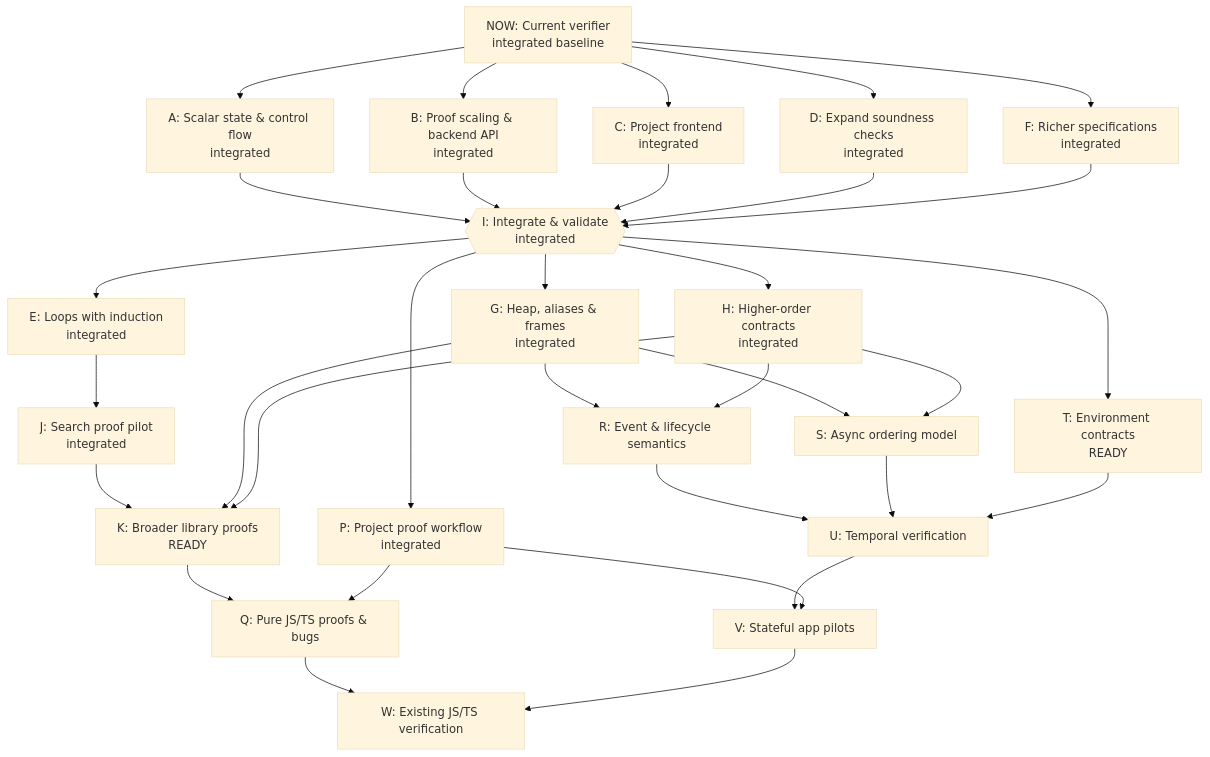
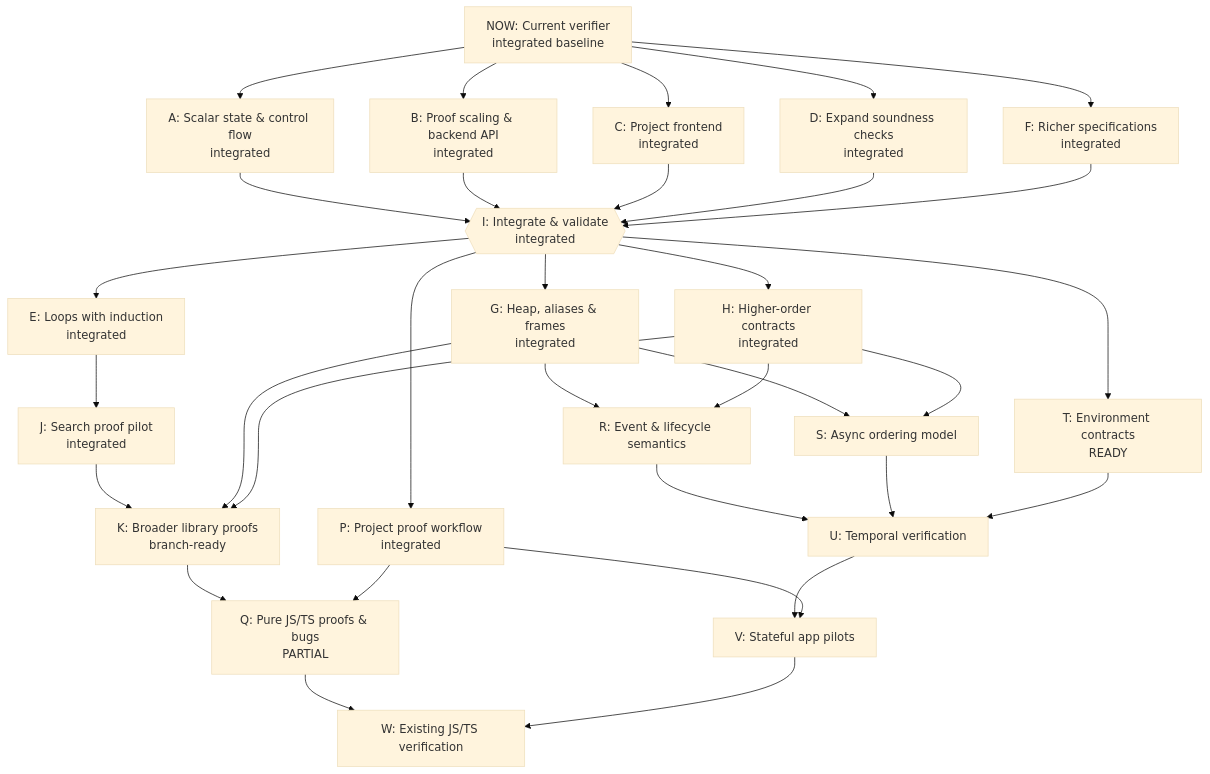
The diagram in docs/verification-roadmap.md (rickono/verified-list-ui), drawn with Mermaid (base theme) before and after one commit. The commit also changed other lines of this file and 12 other files, not shown here.

````diff
--- a/docs/verification-roadmap.md
+++ b/docs/verification-roadmap.md
@@ -7,55 +7,55 @@
 ```mermaid
 flowchart TD
   NOW["NOW: Current verifier<br/>integrated baseline"]
   A["A: Scalar state &amp; control flow<br/>integrated"]
   B["B: Proof scaling &amp; backend API<br/>integrated"]
   C["C: Project frontend<br/>integrated"]
   D["D: Expand soundness checks<br/>integrated"]
   F["F: Richer specifications<br/>integrated"]
   I{{"I: Integrate &amp; validate<br/>integrated"}}
   E["E: Loops with induction<br/>integrated"]
   G["G: Heap, aliases &amp; frames<br/>integrated"]
   H["H: Higher-order contracts<br/>integrated"]
   J["J: Search proof pilot<br/>integrated"]
-  K["K: Broader library proofs<br/>READY"]
+  K["K: Broader library proofs<br/>branch-ready"]
   P["P: Project proof workflow<br/>integrated"]
-  Q["Q: Pure JS/TS proofs &amp; bugs"]
+  Q["Q: Pure JS/TS proofs &amp; bugs<br/>PARTIAL"]
   R["R: Event &amp; lifecycle semantics"]
   S["S: Async ordering model"]
   T["T: Environment contracts<br/>READY"]
   U["U: Temporal verification"]
   V["V: Stateful app pilots"]
   W["W: Existing JS/TS verification"]
   NOW --> A
   NOW --> B
   NOW --> C
   NOW --> D
   NOW --> F
   A --> I
   B --> I
   C --> I
   D --> I
   F --> I
   I --> E
   I --> G
   I --> H
   E --> J
   J --> K
   G --> K
   H --> K
   I --> P
   K --> Q
   P --> Q
   G --> R
   H --> R
   G --> S
   H --> S
   I --> T
   R --> U
   S --> U
   T --> U
   U --> V
   P --> V
   Q --> W
   V --> W
 ```
````
